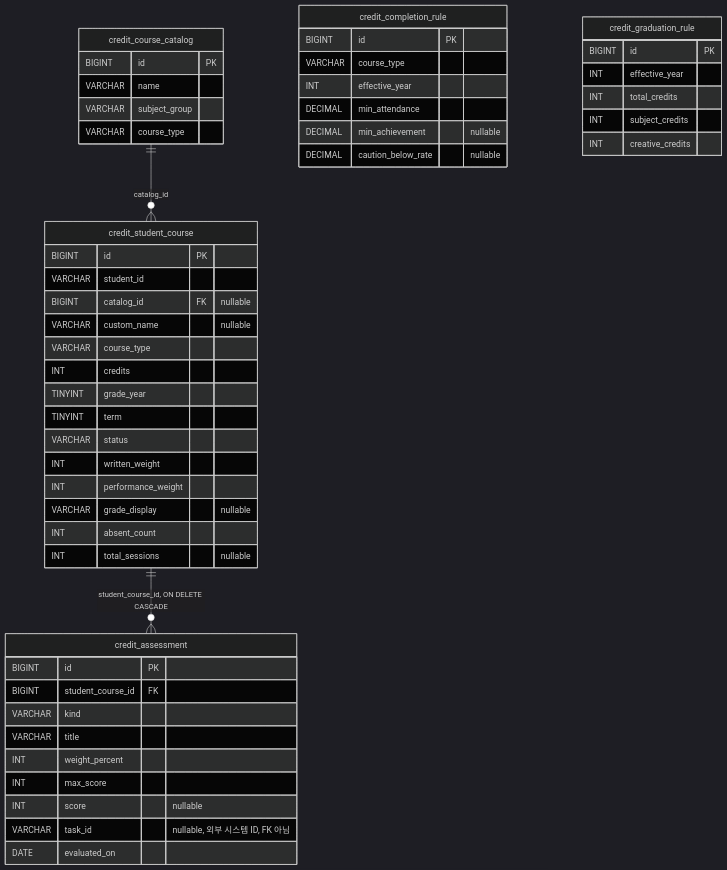
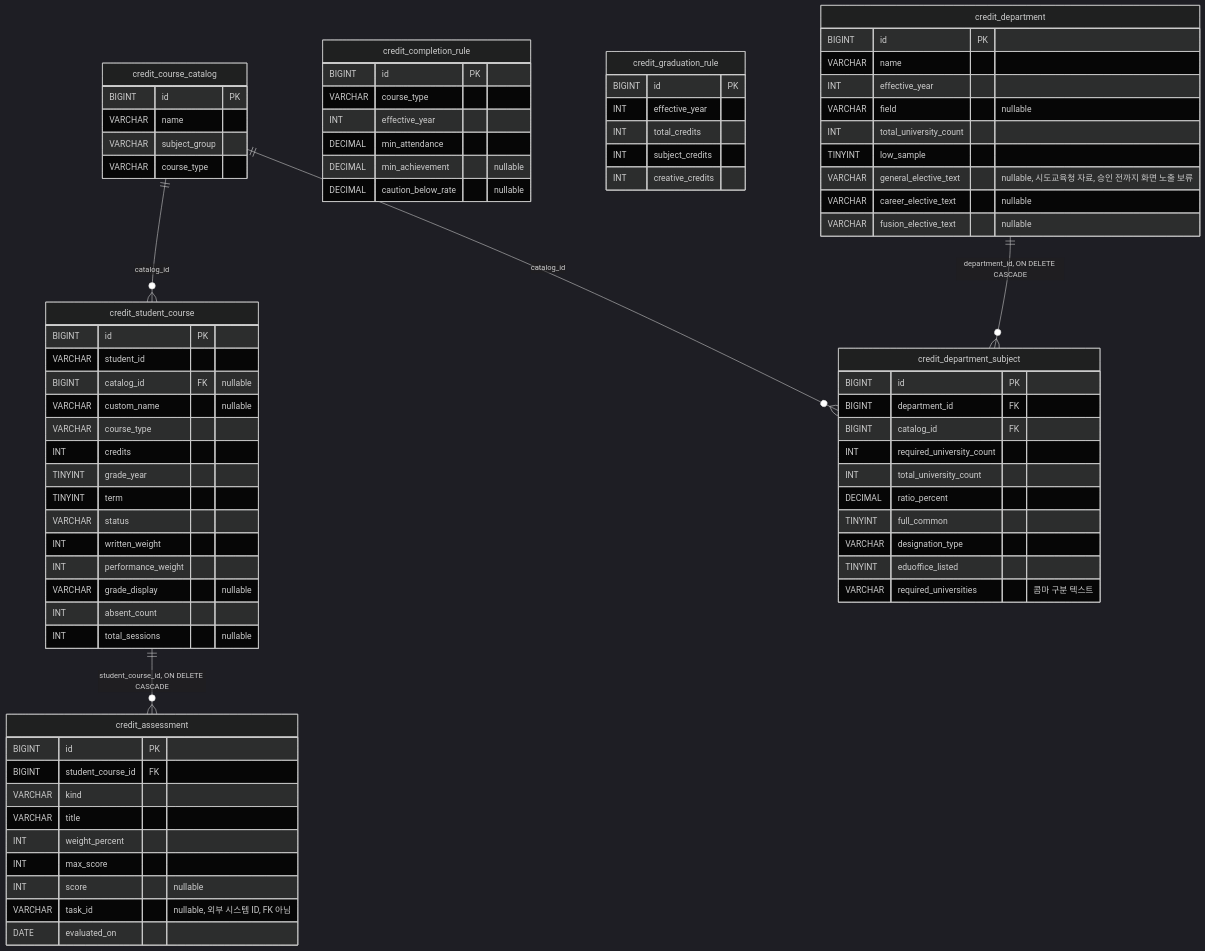
Before and after one commit to ds0501/learnershigh-credit: the diagram in docs/erd.md, drawn with Mermaid (dark theme). The commit also changed other lines of this file and 23 other files, not shown here.

````diff
--- a/docs/erd.md
+++ b/docs/erd.md
@@ -58,6 +58,33 @@
         DATE evaluated_on
     }
 
+    credit_department {
+        BIGINT id PK
+        VARCHAR name
+        INT effective_year
+        VARCHAR field "nullable"
+        INT total_university_count
+        TINYINT low_sample
+        VARCHAR general_elective_text "nullable, 시도교육청 자료, 승인 전까지 화면 노출 보류"
+        VARCHAR career_elective_text "nullable"
+        VARCHAR fusion_elective_text "nullable"
+    }
+
+    credit_department_subject {
+        BIGINT id PK
+        BIGINT department_id FK
+        BIGINT catalog_id FK
+        INT required_university_count
+        INT total_university_count
+        DECIMAL ratio_percent
+        TINYINT full_common
+        VARCHAR designation_type
+        TINYINT eduoffice_listed
+        VARCHAR required_universities "콤마 구분 텍스트"
+    }
+
     credit_course_catalog ||--o{ credit_student_course : "catalog_id"
     credit_student_course ||--o{ credit_assessment : "student_course_id, ON DELETE CASCADE"
+    credit_department ||--o{ credit_department_subject : "department_id, ON DELETE CASCADE"
+    credit_course_catalog ||--o{ credit_department_subject : "catalog_id"
 ```
````
